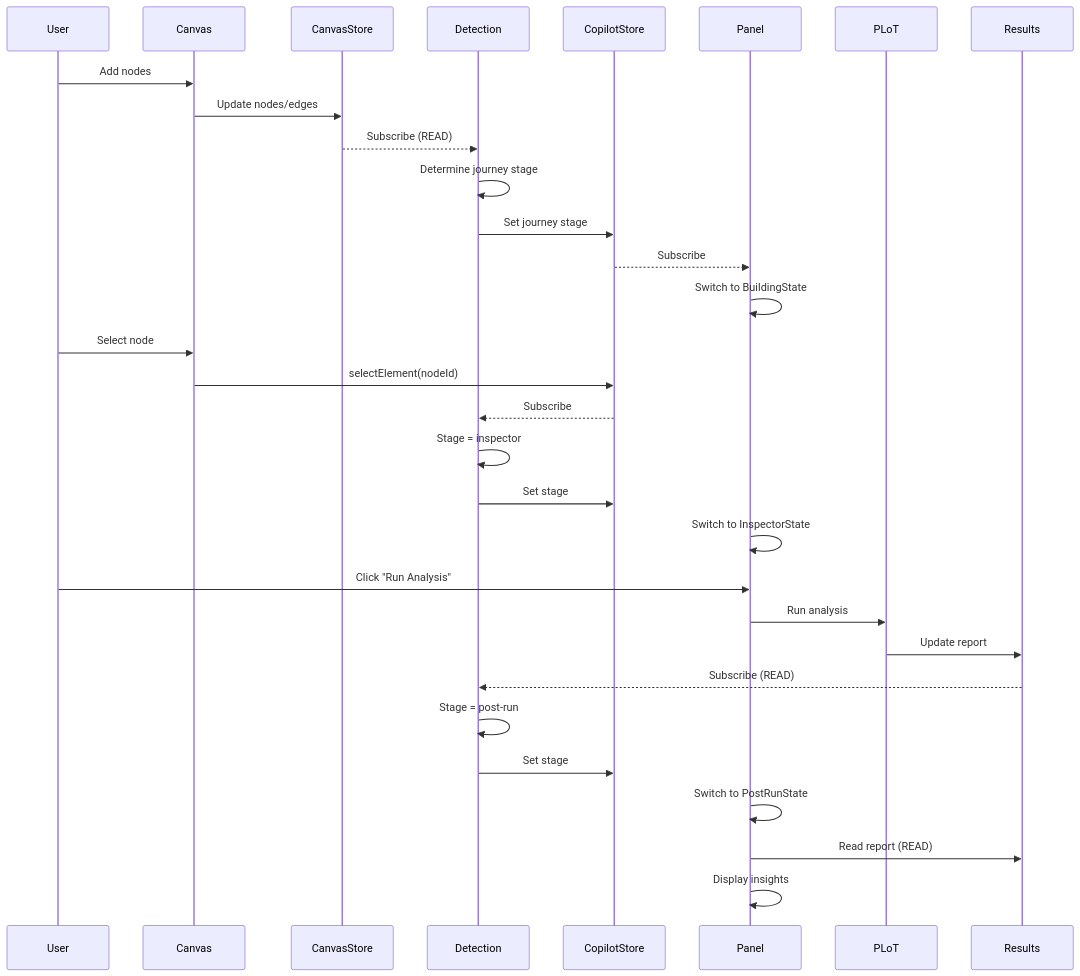
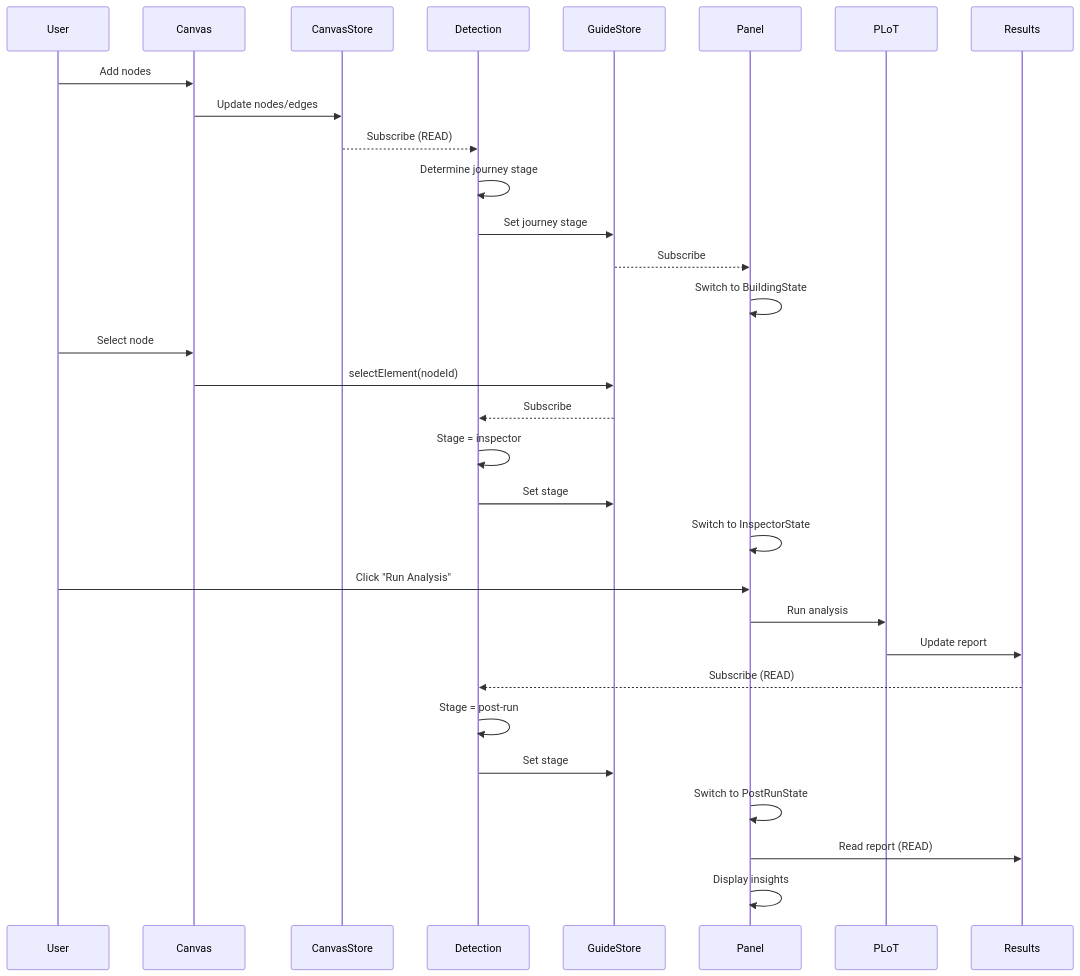
Before and after one commit to Talchain/DecisionGuideAI: the third of 11 diagrams in src/pages/sandbox-guide/ARCHITECTURE.md, drawn with Mermaid. The commit also changed other lines of this file and 32 other files, not shown here.

First line of the commit message:
refactor(guide): update all file contents from Copilot to Guide

````diff
--- a/src/pages/sandbox-guide/ARCHITECTURE.md
+++ b/src/pages/sandbox-guide/ARCHITECTURE.md
@@ -135,36 +135,36 @@
 ```mermaid
 sequenceDiagram
     participant User
     participant Canvas
     participant CanvasStore
     participant Detection
-    participant CopilotStore
+    participant GuideStore
     participant Panel
     participant PLoT
     participant Results
 
     User->>Canvas: Add nodes
     Canvas->>CanvasStore: Update nodes/edges
     CanvasStore-->>Detection: Subscribe (READ)
     Detection->>Detection: Determine journey stage
-    Detection->>CopilotStore: Set journey stage
-    CopilotStore-->>Panel: Subscribe
+    Detection->>GuideStore: Set journey stage
+    GuideStore-->>Panel: Subscribe
     Panel->>Panel: Switch to BuildingState
 
     User->>Canvas: Select node
-    Canvas->>CopilotStore: selectElement(nodeId)
-    CopilotStore-->>Detection: Subscribe
+    Canvas->>GuideStore: selectElement(nodeId)
+    GuideStore-->>Detection: Subscribe
     Detection->>Detection: Stage = inspector
-    Detection->>CopilotStore: Set stage
+    Detection->>GuideStore: Set stage
     Panel->>Panel: Switch to InspectorState
 
     User->>Panel: Click "Run Analysis"
     Panel->>PLoT: Run analysis
     PLoT->>Results: Update report
     Results-->>Detection: Subscribe (READ)
     Detection->>Detection: Stage = post-run
-    Detection->>CopilotStore: Set stage
+    Detection->>GuideStore: Set stage
     Panel->>Panel: Switch to PostRunState
     Panel->>Results: Read report (READ)
     Panel->>Panel: Display insights
 ```
````
